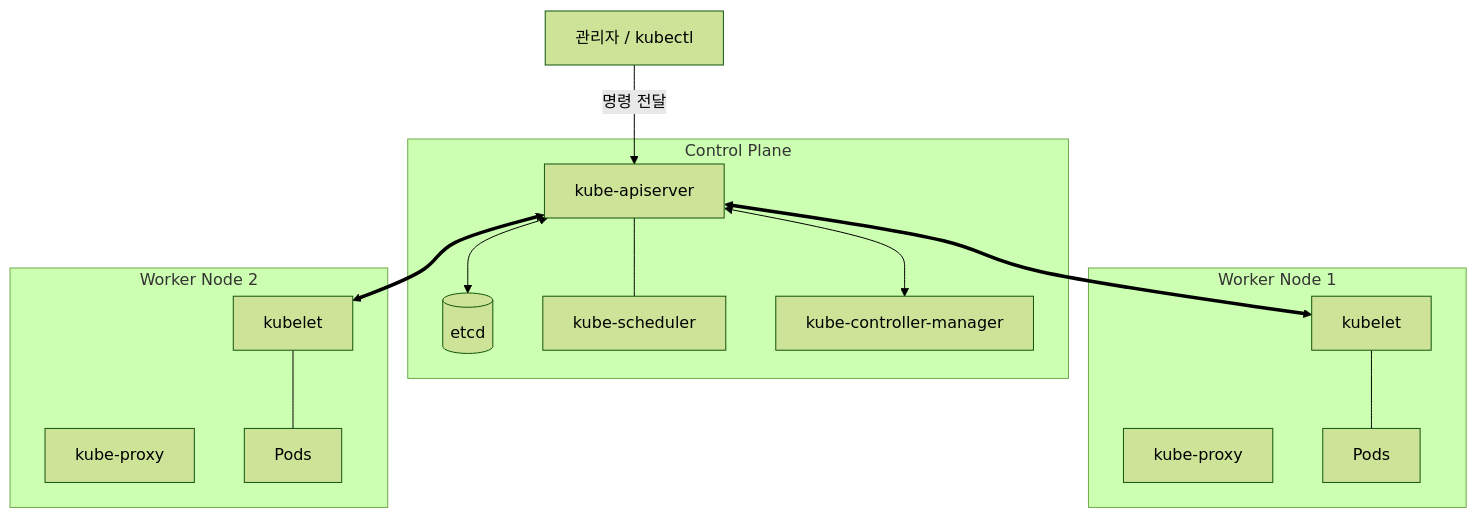
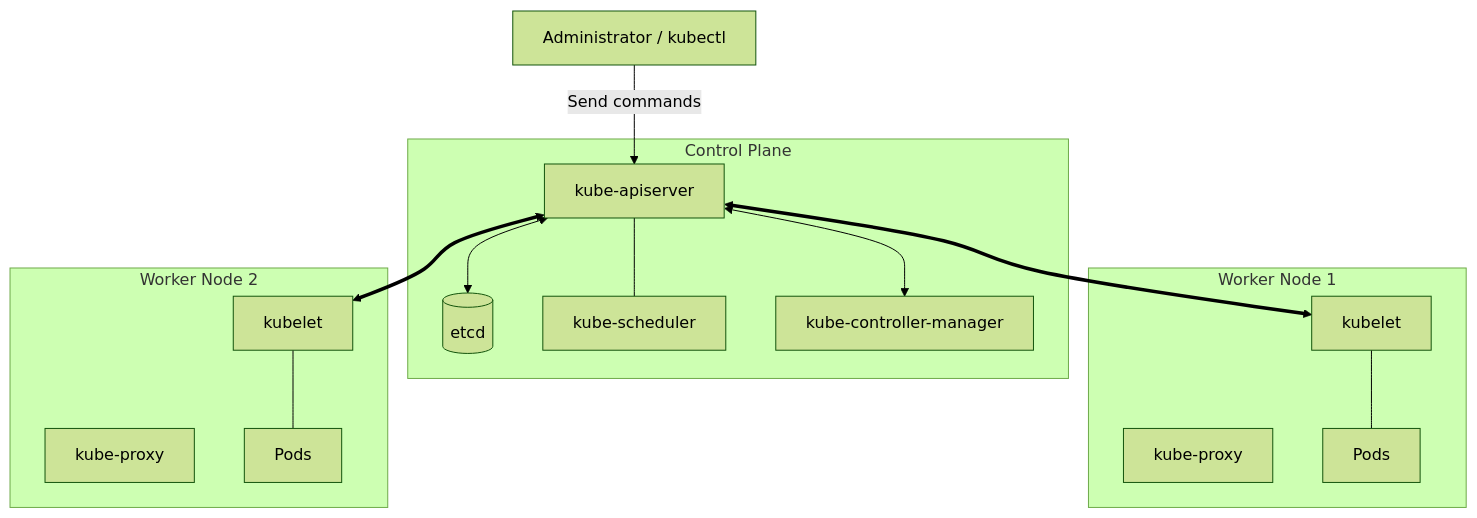
Before and after one commit to jeonck/k8s-adv: the diagram in content/basics/03-k8s-components.md, drawn with Mermaid (forest theme). The commit also changed other lines of this file and 223 other files, not shown here.

````diff
--- a/content/basics/03-k8s-components.md
+++ b/content/basics/03-k8s-components.md
@@ -36,31 +36,31 @@
 ```mermaid
 graph TD
     subgraph CP[Control Plane]
         API[kube-apiserver]
         ETCD[(etcd)]
         SCHED[kube-scheduler]
         KCM[kube-controller-manager]
 
         API <--> ETCD
         API --- SCHED
         API <--> KCM
     end
 
     subgraph Node1[Worker Node 1]
         K1[kubelet]
         P1[kube-proxy]
         Pod1[Pods]
         K1 --- Pod1
     end
 
     subgraph Node2[Worker Node 2]
         K2[kubelet]
         P2[kube-proxy]
         Pod2[Pods]
         K2 --- Pod2
     end
 
     API <==> K1
     API <==> K2
-    Admin[관리자 / kubectl] -- "명령 전달" --> API
+    Admin[Administrator / kubectl] -- "Send commands" --> API
 ```
````
